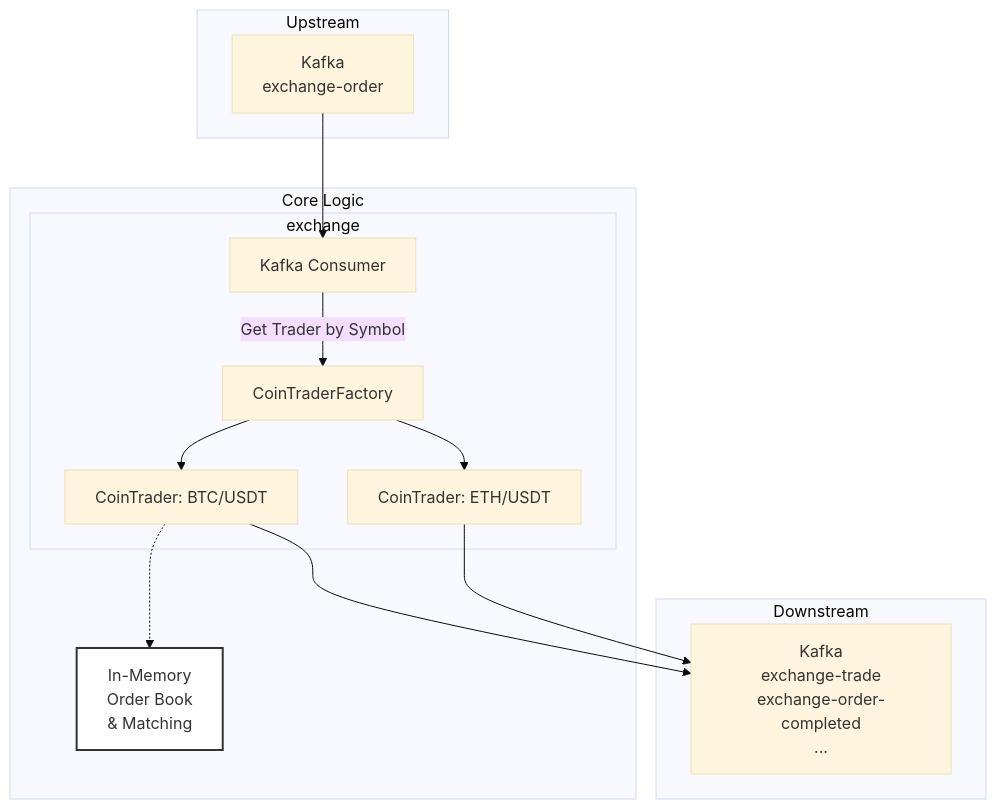
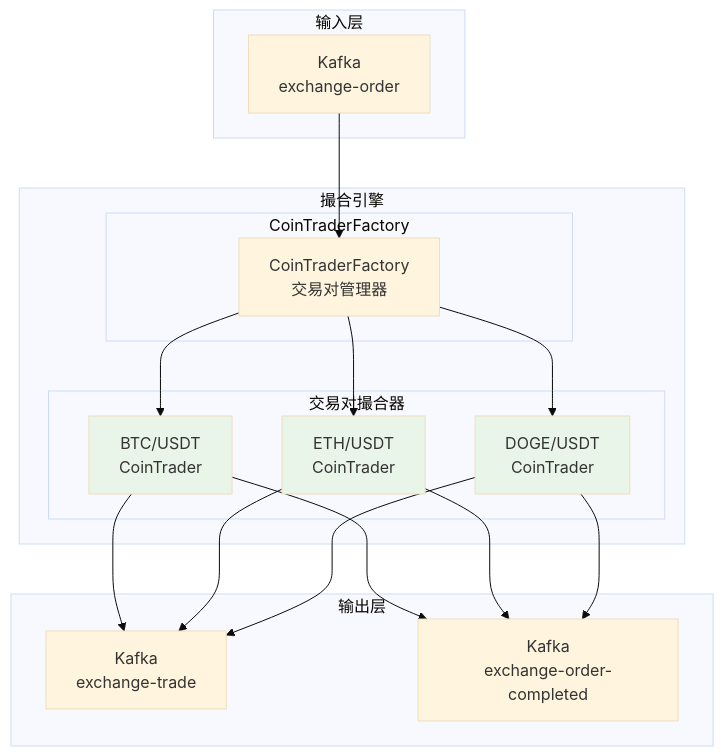
One commit to kick-pixel/btc_eth_bizzan_contract_Exchange_ztuo_jiaoyisuo changed the first of 7 diagrams in doc/13.撮合引擎 (exchange) 源码剖析.md. Above: the diagram before and after it, drawn with Mermaid (base theme). The commit also changed other lines of this file and 27 other files, not shown here.

````diff
--- a/doc/13.撮合引擎 (exchange) 源码剖析.md
+++ b/doc/13.撮合引擎 (exchange) 源码剖析.md
@@ -15,29 +58,37 @@
 ```mermaid
 graph TD
-    subgraph "Upstream"
-        Kafka_In["Kafka<br>exchange-order"]
+    subgraph "输入层"
+        K1[Kafka<br/>exchange-order]
     end
 
-    subgraph "Core Logic"
-        subgraph "exchange"
-            KC["Kafka Consumer"]
-            CTF["CoinTraderFactory"]
-            CT_BTC["CoinTrader: BTC/USDT"]
-            CT_ETH["CoinTrader: ETH/USDT"]
+    subgraph "撮合引擎"
+        subgraph "CoinTraderFactory"
+            CT1[CoinTraderFactory<br/>交易对管理器]
         end
-        Note["In-Memory<br>Order Book<br>& Matching"]
-        style Note fill:#fff,stroke:#333,stroke-width:2px
+
+        subgraph "交易对撮合器"
+            BTC[BTC/USDT<br/>CoinTrader]
+            ETH[ETH/USDT<br/>CoinTrader]
+            DOGE[DOGE/USDT<br/>CoinTrader]
+        end
     end
 
-    subgraph "Downstream"
-         Kafka_Out["Kafka<br>exchange-trade<br>exchange-order-completed<br>..."]
+    subgraph "输出层"
+        K2[Kafka<br/>exchange-trade]
+        K3[Kafka<br/>exchange-order-completed]
     end
 
-    Kafka_In --> KC
-    KC -- "Get Trader by Symbol" --> CTF
-    CTF --> CT_BTC
-    CTF --> CT_ETH
-    CT_BTC --> Kafka_Out
-    CT_ETH --> Kafka_Out
-    CT_BTC -.-> Note
+    K1 --> CT1
+    CT1 --> BTC & ETH & DOGE
+    BTC --> K2
+    ETH --> K2
+    DOGE --> K2
+
+    BTC --> K3
+    ETH --> K3
+    DOGE --> K3
+
+    style BTC fill:#e8f5e8
+    style ETH fill:#e8f5e8
+    style DOGE fill:#e8f5e8
 ```
````
